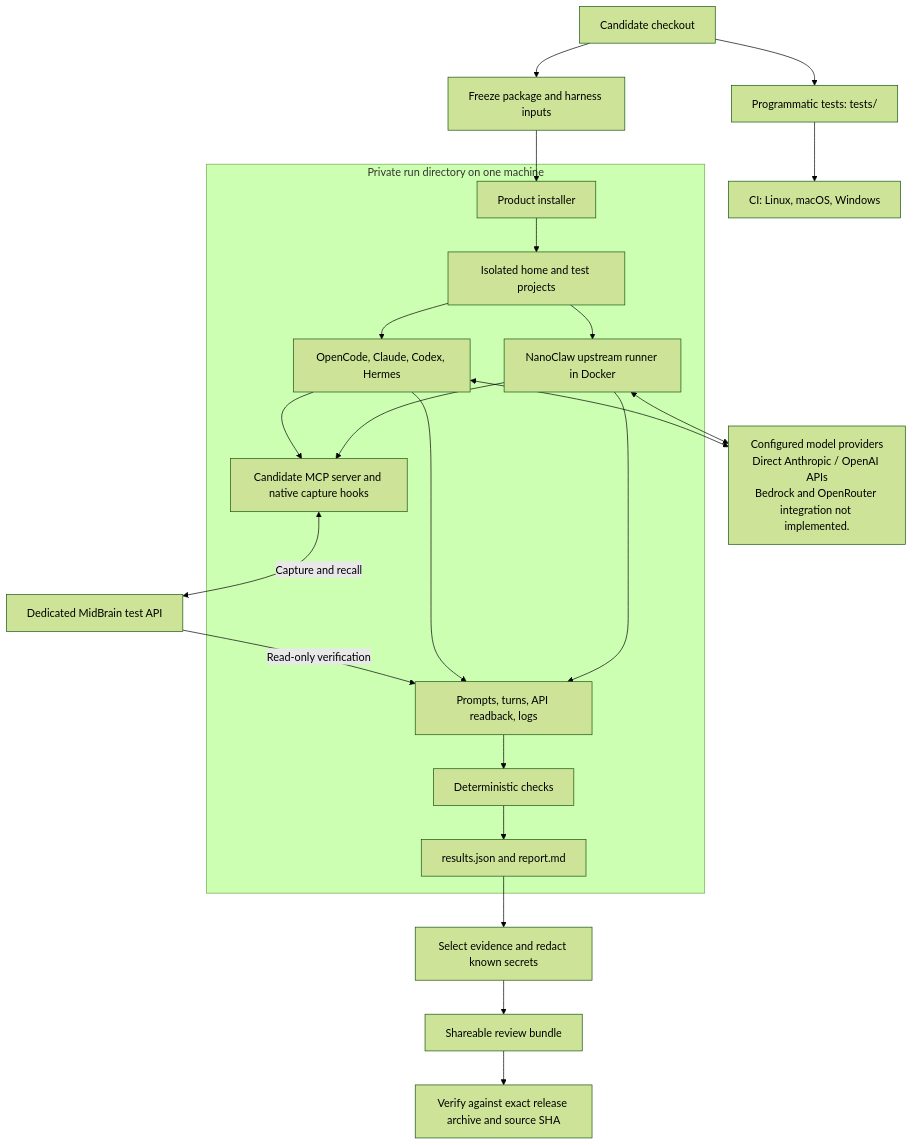
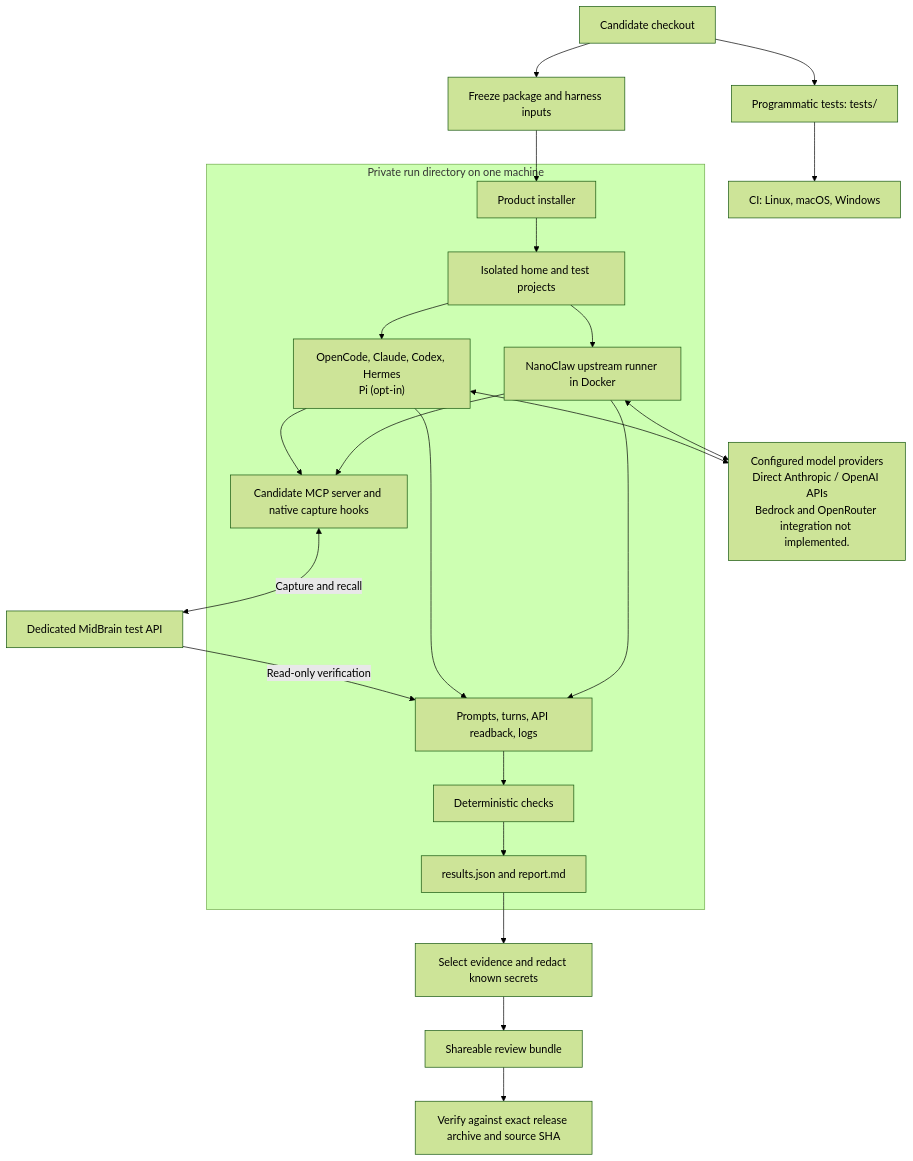
One commit to pkalogiros/midbrain-memory-mcp changed the first of 4 diagrams in docs/testing/harness-how-it-works.md. Above: the diagram before and after it, drawn with Mermaid (forest theme). The commit also changed other lines of this file and 44 other files, not shown here.

````diff
--- a/docs/testing/harness-how-it-works.md
+++ b/docs/testing/harness-how-it-works.md
@@ -38,25 +40,25 @@
 ```mermaid
 flowchart TB
     Source["Candidate checkout"] --> Unit["Programmatic tests: tests/"]
     Unit --> OS["CI: Linux, macOS, Windows"]
     Source --> Freeze["Freeze package and harness inputs"]
     Freeze --> Install["Product installer"]
     subgraph Private["Private run directory on one machine"]
         Install --> Home["Isolated home and test projects"]
-        Home --> Clients["OpenCode, Claude, Codex, Hermes"]
+        Home --> Clients["OpenCode, Claude, Codex, Hermes<br/>Pi (opt-in)"]
         Home --> Nano["NanoClaw upstream runner in Docker"]
         Clients --> Product["Candidate MCP server and native capture hooks"]
         Nano --> Product
         Evidence["Prompts, turns, API readback, logs"] --> Score["Deterministic checks"]
         Score --> Report["results.json and report.md"]
     end
     Clients <--> Models["Configured model providers<br/>Direct Anthropic / OpenAI APIs<br/>Bedrock and OpenRouter integration not implemented."]
     Nano <--> Models
     Product <-->|"Capture and recall"| API["Dedicated MidBrain test API"]
     API -->|"Read-only verification"| Evidence
     Clients --> Evidence
     Nano --> Evidence
     Report --> Export["Select evidence and redact known secrets"]
     Export --> Bundle["Shareable review bundle"]
     Bundle --> Verify["Verify against exact release archive and source SHA"]
 ```
````
